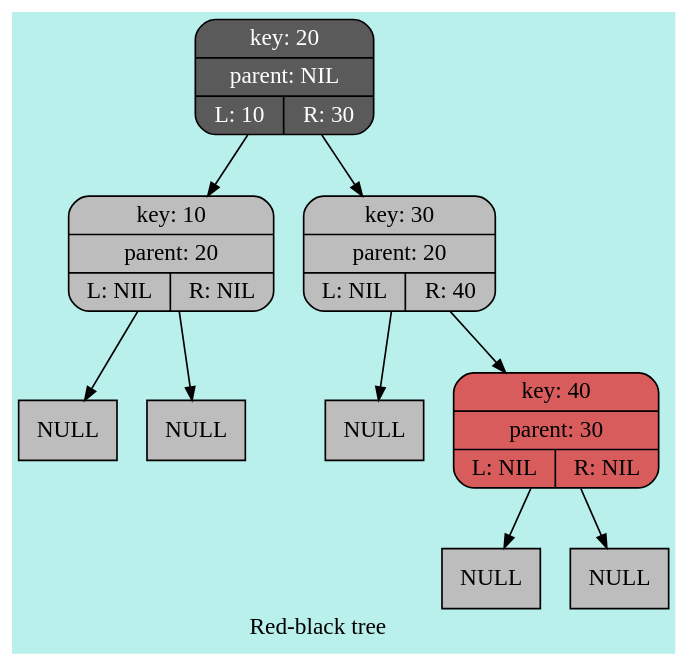
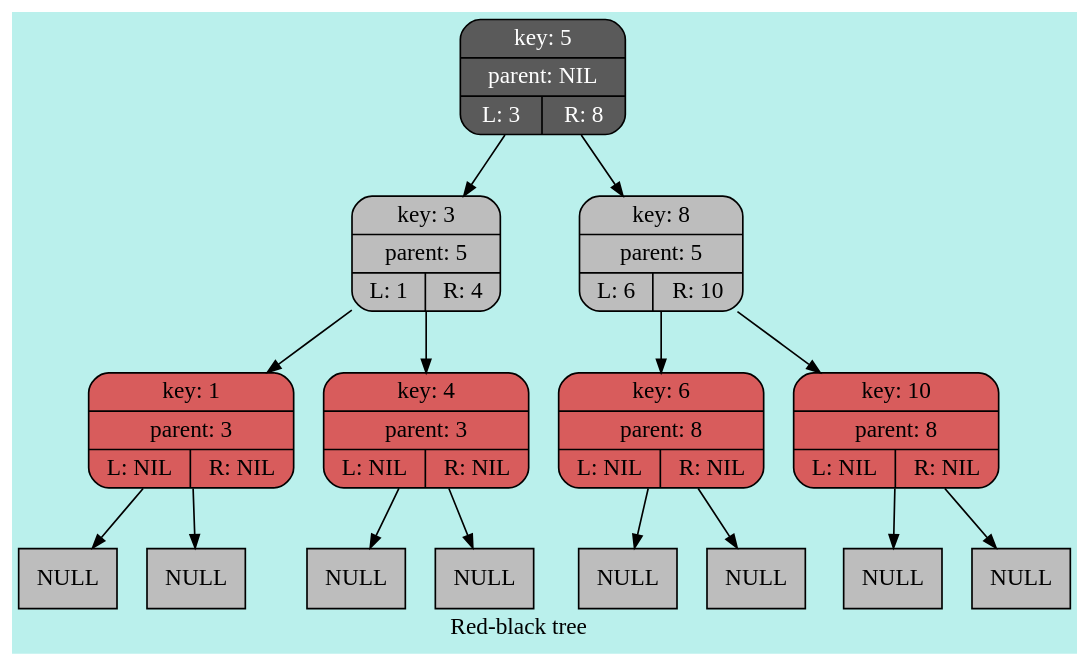
The diagram in graphviz/file_graph.dot (MaxGud10/RBtree), drawn with Graphviz before and after one commit. The commit also changed 22 other files, not shown here.

```diff
--- a/graphviz/file_graph.dot
+++ b/graphviz/file_graph.dot
@@ -1,24 +1,36 @@
 digraph RB_tree {
 label = < Red-black tree >;
 bgcolor = "#BAF0EC";
 rankdir=TB;
 node  [shape=record, style=filled];
 edge  [color=black, arrowsize=0.8];
-20 [shape=Mrecord, style=filled, fillcolor="#5A5A5A", fontcolor="white", label="{ key: 20 | parent: NIL | { L: 10 | R: 30 } }" ];
-20 -> 10;
-10 [shape=Mrecord, style=filled, fillcolor="#BDBDBD", fontcolor="black", label="{ key: 10 | parent: 20 | { L: NIL | R: NIL } }" ];
+5 [shape=Mrecord, style=filled, fillcolor="#5A5A5A", fontcolor="white", label="{ key: 5 | parent: NIL | { L: 3 | R: 8 } }" ];
+5 -> 3;
+3 [shape=Mrecord, style=filled, fillcolor="#BDBDBD", fontcolor="black", label="{ key: 3 | parent: 5 | { L: 1 | R: 4 } }" ];
+3 -> 1;
+1 [shape=Mrecord, style=filled, fillcolor="#D85C5C", fontcolor="black", label="{ key: 1 | parent: 3 | { L: NIL | R: NIL } }" ];
 nilL_0 [shape=box, style=filled, fillcolor="#BDBDBD", label="NULL"];
-10 -> nilL_0;
+1 -> nilL_0;
 nilR_1 [shape=box, style=filled, fillcolor="#BDBDBD", label="NULL"];
-10 -> nilR_1;
-20 -> 30;
-30 [shape=Mrecord, style=filled, fillcolor="#BDBDBD", fontcolor="black", label="{ key: 30 | parent: 20 | { L: NIL | R: 40 } }" ];
+1 -> nilR_1;
+3 -> 4;
+4 [shape=Mrecord, style=filled, fillcolor="#D85C5C", fontcolor="black", label="{ key: 4 | parent: 3 | { L: NIL | R: NIL } }" ];
 nilL_2 [shape=box, style=filled, fillcolor="#BDBDBD", label="NULL"];
-30 -> nilL_2;
-30 -> 40;
-40 [shape=Mrecord, style=filled, fillcolor="#D85C5C", fontcolor="black", label="{ key: 40 | parent: 30 | { L: NIL | R: NIL } }" ];
-nilL_3 [shape=box, style=filled, fillcolor="#BDBDBD", label="NULL"];
-40 -> nilL_3;
-nilR_4 [shape=box, style=filled, fillcolor="#BDBDBD", label="NULL"];
-40 -> nilR_4;
+4 -> nilL_2;
+nilR_3 [shape=box, style=filled, fillcolor="#BDBDBD", label="NULL"];
+4 -> nilR_3;
+5 -> 8;
+8 [shape=Mrecord, style=filled, fillcolor="#BDBDBD", fontcolor="black", label="{ key: 8 | parent: 5 | { L: 6 | R: 10 } }" ];
+8 -> 6;
+6 [shape=Mrecord, style=filled, fillcolor="#D85C5C", fontcolor="black", label="{ key: 6 | parent: 8 | { L: NIL | R: NIL } }" ];
+nilL_4 [shape=box, style=filled, fillcolor="#BDBDBD", label="NULL"];
+6 -> nilL_4;
+nilR_5 [shape=box, style=filled, fillcolor="#BDBDBD", label="NULL"];
+6 -> nilR_5;
+8 -> 10;
+10 [shape=Mrecord, style=filled, fillcolor="#D85C5C", fontcolor="black", label="{ key: 10 | parent: 8 | { L: NIL | R: NIL } }" ];
+nilL_6 [shape=box, style=filled, fillcolor="#BDBDBD", label="NULL"];
+10 -> nilL_6;
+nilR_7 [shape=box, style=filled, fillcolor="#BDBDBD", label="NULL"];
+10 -> nilR_7;
 }
```
